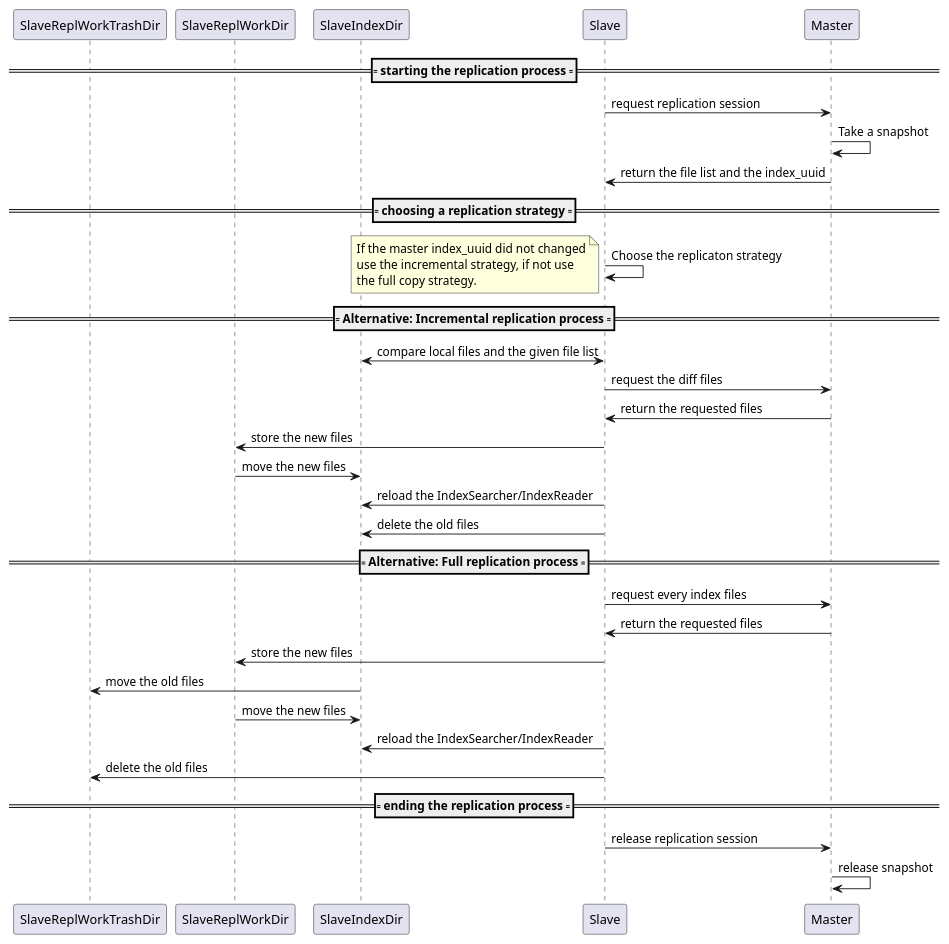
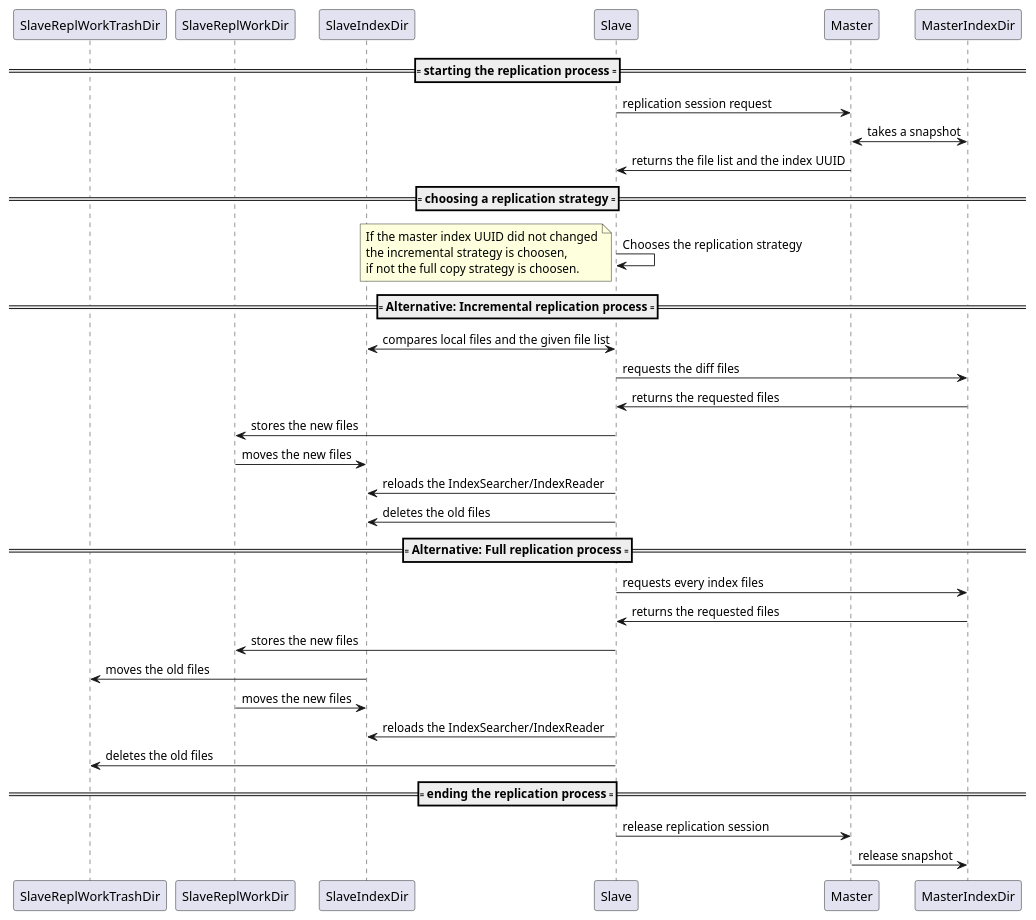
The diagram in src/main/asciidoc/replication-sequence.adoc (qwazr/search), drawn with PlantUML before and after one commit. The commit also changed 1 other file, not shown here.

Commit message:
Fix typos in replication sequence

```diff
--- a/src/main/asciidoc/replication-sequence.adoc
+++ b/src/main/asciidoc/replication-sequence.adoc
@@ -1,42 +1,44 @@
 [plantuml,replication-sequence, svg]
 ....
 participant SlaveReplWorkTrashDir
 participant SlaveReplWorkDir
 participant SlaveIndexDir
 participant Slave
 participant Master
+participant MasterIndexDir
+
 ==== starting the replication process ====
-Slave->Master : request replication session
-Master->Master : Take a snapshot
-Master->Slave : return the file list and the index_uuid
+Slave->Master : replication session request
+Master<->MasterIndexDir : takes a snapshot
+Master->Slave : returns the file list and the index UUID
 
 ==== choosing a replication strategy ====
-Slave->Slave : Choose the replicaton strategy
+Slave->Slave : Chooses the replication strategy
 note left
-  If the master index_uuid did not changed
-  use the incremental strategy, if not use
-  the full copy strategy.
+  If the master index UUID did not changed
+  the incremental strategy is choosen,
+  if not the full copy strategy is choosen.
 end note
 
 ==== Alternative: Incremental replication process ====
-Slave<->SlaveIndexDir : compare local files and the given file list
-Slave->Master : request the diff files
-Master->Slave : return the requested files
-Slave->SlaveReplWorkDir : store the new files
-SlaveReplWorkDir->SlaveIndexDir : move the new files
-Slave->SlaveIndexDir : reload the IndexSearcher/IndexReader
-Slave->SlaveIndexDir : delete the old files
+Slave<->SlaveIndexDir : compares local files and the given file list
+Slave->MasterIndexDir : requests the diff files
+MasterIndexDir->Slave : returns the requested files
+Slave->SlaveReplWorkDir : stores the new files
+SlaveReplWorkDir->SlaveIndexDir : moves the new files
+Slave->SlaveIndexDir : reloads the IndexSearcher/IndexReader
+Slave->SlaveIndexDir : deletes the old files
 
 ==== Alternative: Full replication process ====
-Slave->Master : request every index files
-Master->Slave : return the requested files
-Slave->SlaveReplWorkDir : store the new files
-SlaveIndexDir->SlaveReplWorkTrashDir : move the old files
-SlaveReplWorkDir->SlaveIndexDir : move the new files
-Slave->SlaveIndexDir : reload the IndexSearcher/IndexReader
-Slave->SlaveReplWorkTrashDir : delete the old files
+Slave->MasterIndexDir : requests every index files
+MasterIndexDir->Slave : returns the requested files
+Slave->SlaveReplWorkDir : stores the new files
+SlaveIndexDir->SlaveReplWorkTrashDir : moves the old files
+SlaveReplWorkDir->SlaveIndexDir : moves the new files
+Slave->SlaveIndexDir : reloads the IndexSearcher/IndexReader
+Slave->SlaveReplWorkTrashDir : deletes the old files
 
 ==== ending the replication process ====
 Slave->Master : release replication session
-Master->Master : release snapshot
+Master->MasterIndexDir : release snapshot
 ....
```
